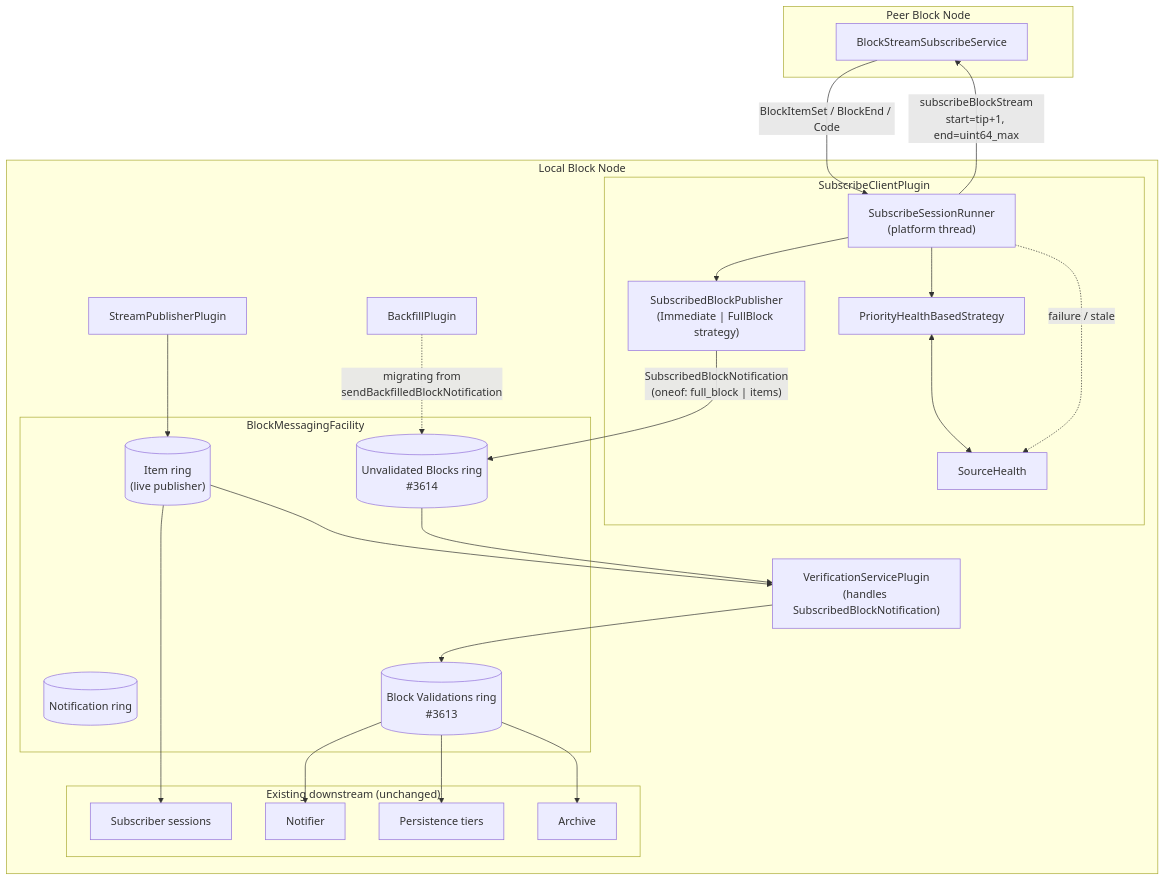
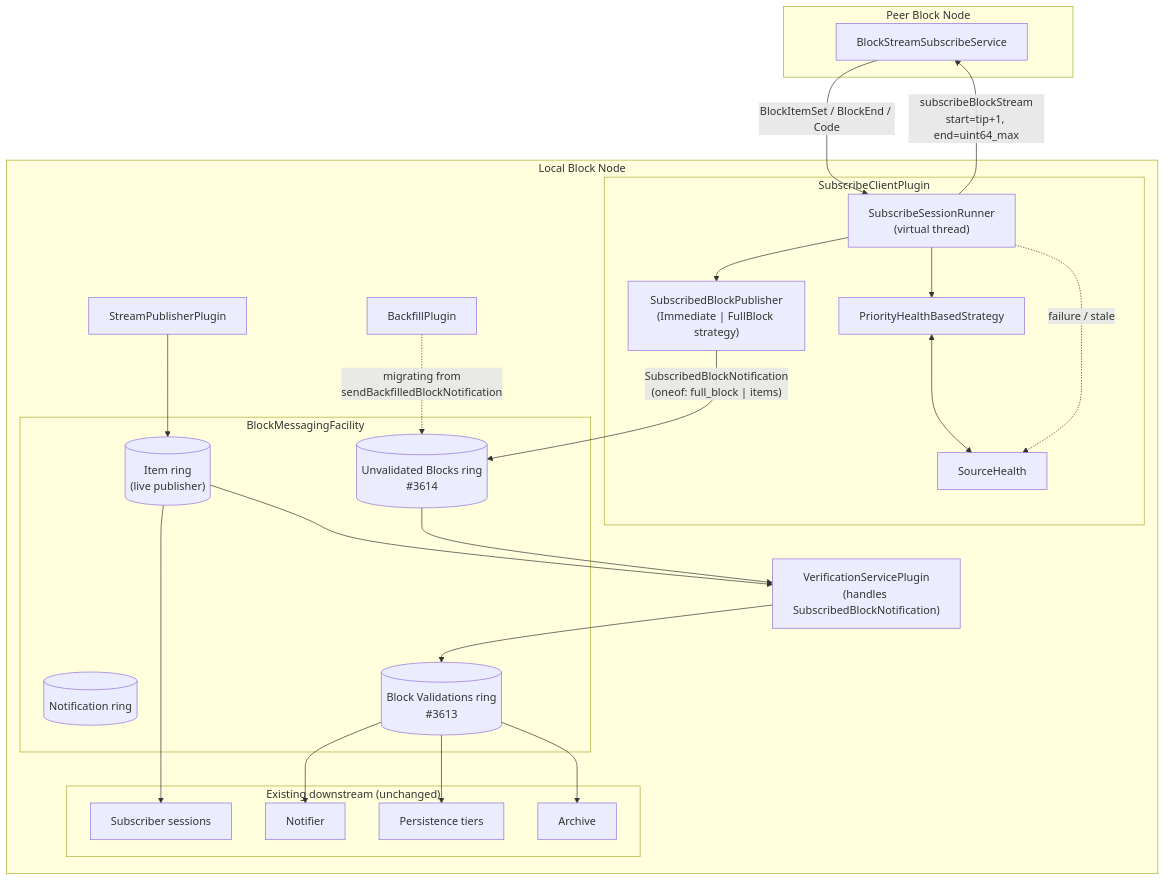
The first of 2 diagrams in docs/design/streaming/subscribe-client-plugin.md (hiero-ledger/hiero-block-node), drawn with Mermaid before and after one commit. The commit also changed other lines of this file, not shown here.

````diff
--- a/docs/design/streaming/subscribe-client-plugin.md
+++ b/docs/design/streaming/subscribe-client-plugin.md
@@ -348,52 +403,52 @@
 ```mermaid
 flowchart TB
   subgraph Peer["Peer Block Node"]
     PSS["BlockStreamSubscribeService"]
   end
 
   subgraph Local["Local Block Node"]
     subgraph Plugin["SubscribeClientPlugin"]
-      SSR["SubscribeSessionRunner<br/>(platform thread)"]
+      SSR["SubscribeSessionRunner<br/>(virtual thread)"]
       SBP["SubscribedBlockPublisher<br/>(Immediate | FullBlock strategy)"]
       SEL["PriorityHealthBasedStrategy"]
       SH["SourceHealth"]
     end
 
     subgraph Facility["BlockMessagingFacility"]
       IR[("Item ring<br/>(live publisher)")]
       NR[("Notification ring")]
       VR[("Block Validations ring<br/>#3613")]
       UR[("Unvalidated Blocks ring<br/>#3614")]
     end
 
     SPP["StreamPublisherPlugin"]
     BFP["BackfillPlugin"]
 
     VER["VerificationServicePlugin<br/>(handles SubscribedBlockNotification)"]
 
     subgraph Downstream["Existing downstream (unchanged)"]
       SUB["Subscriber sessions"]
       NOT["Notifier"]
       PER["Persistence tiers"]
       ARC["Archive"]
     end
   end
 
   SSR -->|"subscribeBlockStream<br/>start=tip+1, end=uint64_max"| PSS
   PSS -->|"BlockItemSet / BlockEnd / Code"| SSR
   SSR --> SBP
   SBP -->|"SubscribedBlockNotification<br/>(oneof: full_block | items)"| UR
   BFP -.->|"migrating from<br/>sendBackfilledBlockNotification"| UR
   SPP --> IR
   IR --> VER
   UR --> VER
   VER --> VR
   VR --> PER
   VR --> ARC
   VR --> NOT
   IR --> SUB
 
   SEL <--> SH
   SSR --> SEL
   SSR -.->|"failure / stale"| SH
 ```
````
